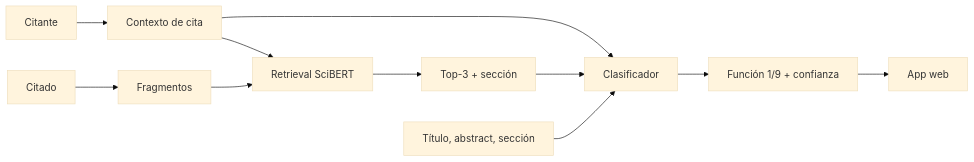
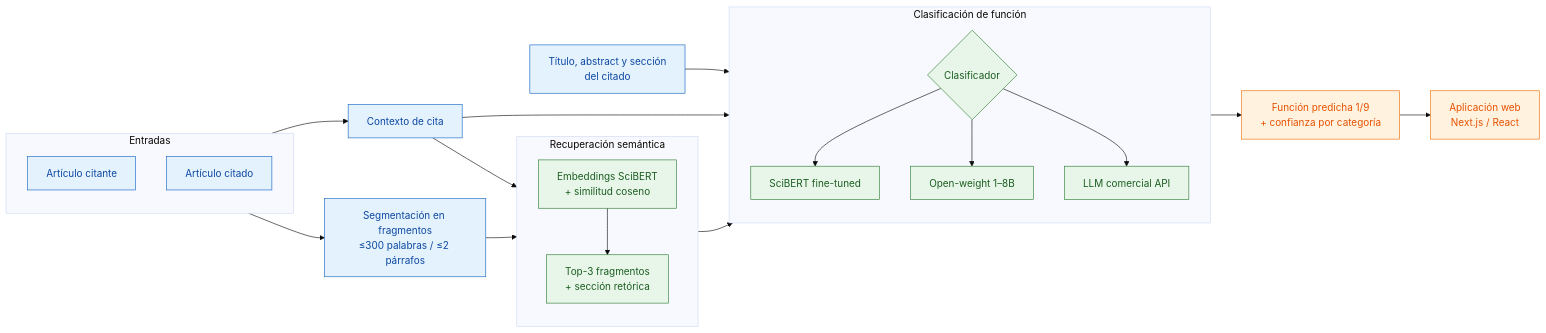
The diagram in PropuestaProyectoGrado.md (germarodr/Proyecto_Grado_MAIA), drawn with Mermaid (base theme) before and after one commit.

Commit message:
Enriquecer diagrama de arquitectura del pipeline (horizontal)

````diff
--- a/PropuestaProyectoGrado.md
+++ b/PropuestaProyectoGrado.md
@@ -108,13 +108,44 @@
 ```mermaid
 flowchart LR
-    CITANTE[Citante] --> CTX[Contexto de cita]
-    CITADO[Citado] --> SEG[Fragmentos]
-    CTX --> RET[Retrieval SciBERT]
-    SEG --> RET
-    RET --> TOP3[Top-3 + sección]
-    CTX --> CLF[Clasificador]
+    subgraph IN[Entradas]
+        direction TB
+        CITANTE[Artículo citante]
+        CITADO[Artículo citado]
+    end
+    CITANTE --> CTX[Contexto de cita]
+    CITADO --> SEG[Segmentación en fragmentos<br/>≤300 palabras / ≤2 párrafos]
+
+    subgraph RETR[Recuperación semántica]
+        direction TB
+        EMB[Embeddings SciBERT<br/>+ similitud coseno]
+        TOP3[Top-3 fragmentos<br/>+ sección retórica]
+        EMB --> TOP3
+    end
+    CTX --> EMB
+    SEG --> EMB
+
+    META[Título, abstract y sección<br/>del citado] --> CLF
+
+    subgraph CLASIF[Clasificación de función]
+        direction TB
+        CLF{Clasificador}
+        SCIBERT[SciBERT fine-tuned]
+        OPEN[Open-weight 1–8B]
+        LLM[LLM comercial API]
+        CLF --> SCIBERT
+        CLF --> OPEN
+        CLF --> LLM
+    end
+    CTX --> CLF
     TOP3 --> CLF
-    META[Título, abstract, sección] --> CLF
-    CLF --> OUT[Función 1/9 + confianza]
-    OUT --> DEMO[App web]
+
+    CLASIF --> OUT[Función predicha 1/9<br/>+ confianza por categoría]
+    OUT --> DEMO[Aplicación web<br/>Next.js / React]
+
+    classDef src fill:#e3f2fd,stroke:#1565c0,color:#0d47a1;
+    classDef proc fill:#e8f5e9,stroke:#2e7d32,color:#1b5e20;
+    classDef out fill:#fff3e0,stroke:#ef6c00,color:#e65100;
+    class CITANTE,CITADO,CTX,SEG,META src;
+    class EMB,TOP3,CLF,SCIBERT,OPEN,LLM proc;
+    class OUT,DEMO out;
 ```
````
